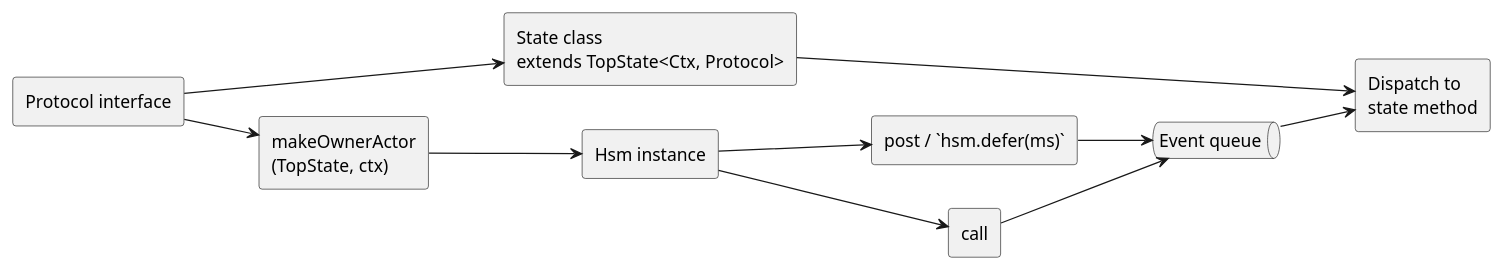
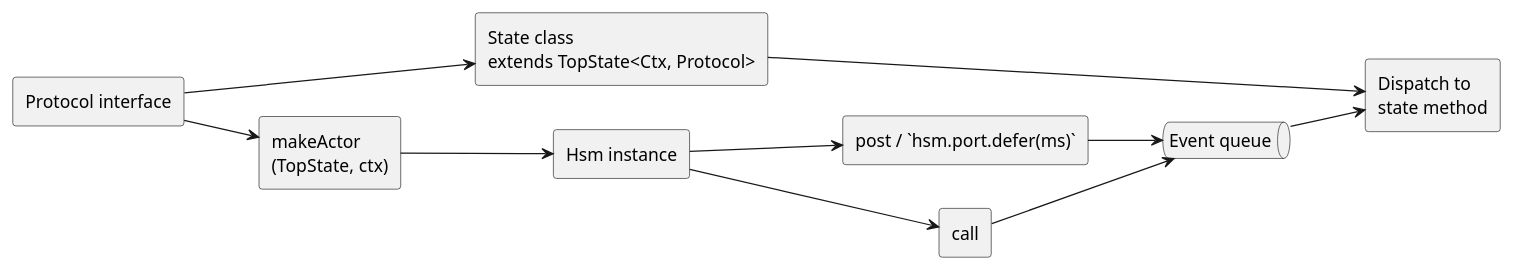
Before and after one commit to filasieno/ihsm: the second of 2 diagrams in packages/ihsm/reference/REFERENCE.md, drawn with PlantUML. The commit also changed other lines of this file and 200 other files, not shown here.

````diff
--- a/packages/ihsm/reference/REFERENCE.md
+++ b/packages/ihsm/reference/REFERENCE.md
@@ -587,22 +605,22 @@
 ```plantuml
 @startuml
 left to right direction
 rectangle "Protocol interface" as P
 rectangle "State class\nextends TopState<Ctx, Protocol>" as S
-rectangle "makeOwnerActor\n(TopState, ctx)" as F
+rectangle "makeActor\n(TopState, ctx)" as F
 rectangle "Hsm instance" as H
-rectangle "post / `hsm.defer(ms)`" as post
+rectangle "post / `hsm.port.defer(ms)`" as post
 rectangle "call" as call
 queue "Event queue" as Q
 rectangle "Dispatch to\nstate method" as D
 P --> S
 P --> F
 F --> H
 H --> post
 H --> call
 post --> Q
 call --> Q
 Q --> D
 S --> D
 @enduml
 ```
````
